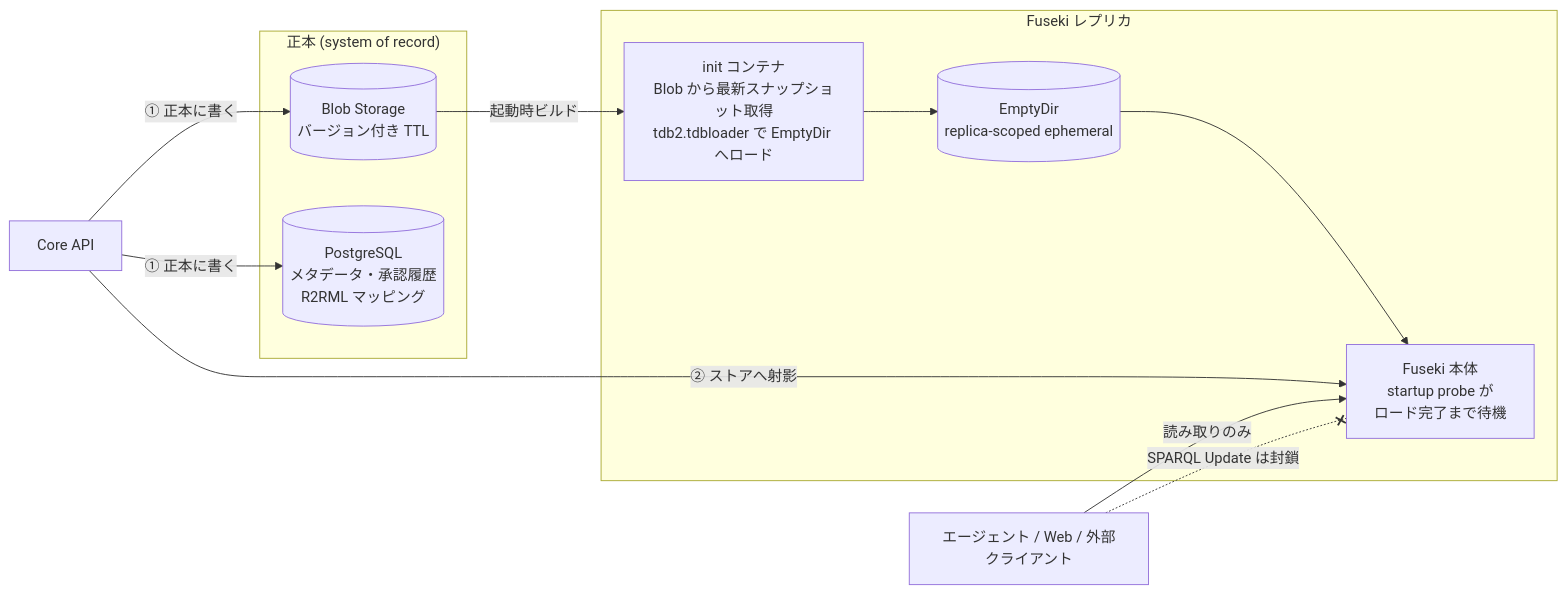
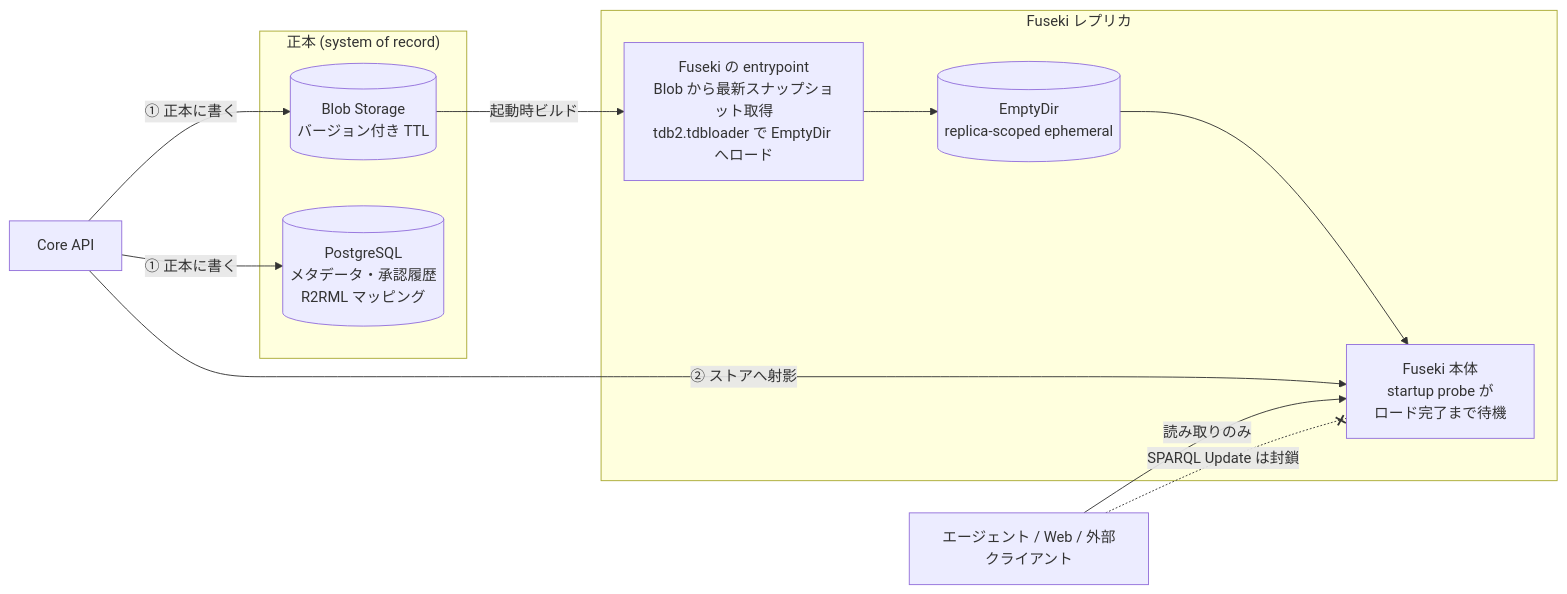
One commit to nomhiro/ontology-accelerator-for-azure changed the third of 4 diagrams in docs/architecture.md. Above: the diagram before and after it, drawn with Mermaid. The commit also changed other lines of this file and 6 other files, not shown here.

````diff
--- a/docs/architecture.md
+++ b/docs/architecture.md
@@ -170,24 +170,24 @@
 ```mermaid
 flowchart LR
   subgraph sor["正本 (system of record)"]
     B[("Blob Storage<br/>バージョン付き TTL")]
     P[("PostgreSQL<br/>メタデータ・承認履歴<br/>R2RML マッピング")]
   end
 
   subgraph replica["Fuseki レプリカ"]
-    INIT["init コンテナ<br/>Blob から最新スナップショット取得<br/>tdb2.tdbloader で EmptyDir へロード"]
+    INIT["Fuseki の entrypoint<br/>Blob から最新スナップショット取得<br/>tdb2.tdbloader で EmptyDir へロード"]
     ED[("EmptyDir<br/>replica-scoped ephemeral")]
     F["Fuseki 本体<br/>startup probe が<br/>ロード完了まで待機"]
     INIT --> ED --> F
   end
 
   API["Core API"]
 
   API -- "① 正本に書く" --> B
   API -- "① 正本に書く" --> P
   API -- "② ストアへ射影" --> F
   B -- "起動時ビルド" --> INIT
 
   X["エージェント / Web / 外部クライアント"] -- "読み取りのみ" --> F
   X -. "SPARQL Update は封鎖" .-x F
 ```
````
